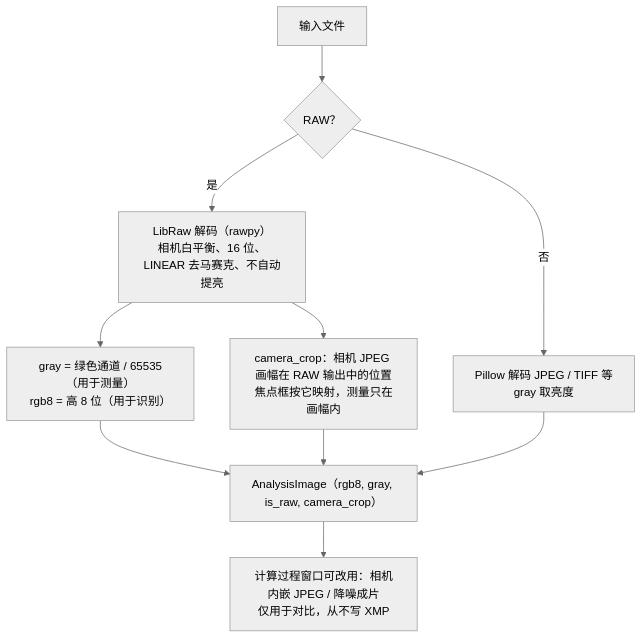
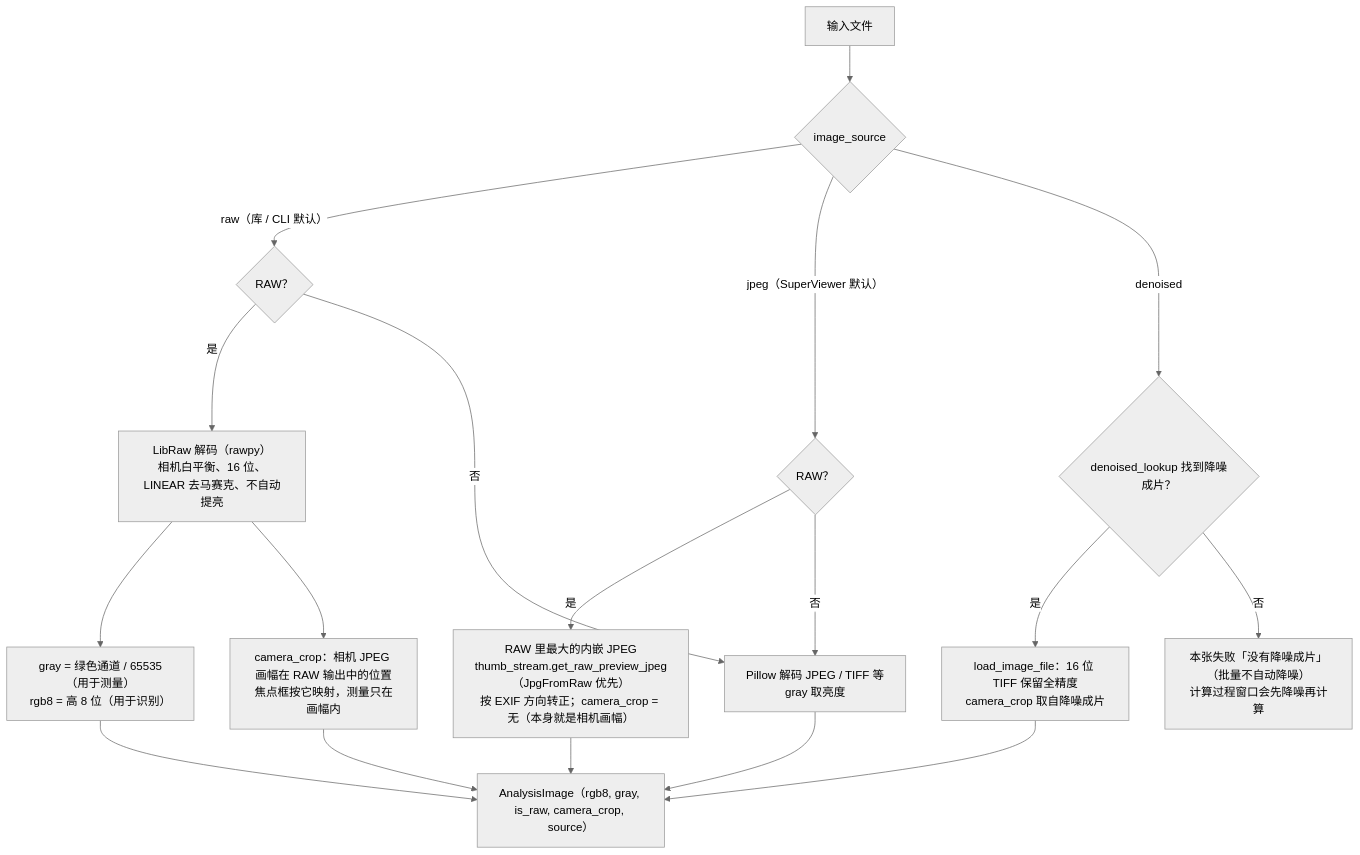
One commit to OscarKing888/SuperBirdTools changed the fourth of 18 diagrams in docs/bird_sharpness_flowchart.md. Above: the diagram before and after it, drawn with Mermaid (neutral theme). The commit also changed other lines of this file and 14 other files, not shown here.

````diff
--- a/docs/bird_sharpness_flowchart.md
+++ b/docs/bird_sharpness_flowchart.md
@@ -125,12 +126,20 @@
 ```mermaid
 flowchart TD
-    A["输入文件"] --> B{"RAW？"}
+    A["输入文件"] --> S{"image_source"}
+    S -->|"raw（库 / CLI 默认）"| B{"RAW？"}
+    S -->|"jpeg（SuperViewer 默认）"| J{"RAW？"}
+    J -->|是| J1["RAW 里最大的内嵌 JPEG<br/>thumb_stream.get_raw_preview_jpeg（JpgFromRaw 优先）<br/>按 EXIF 方向转正；camera_crop = 无（本身就是相机画幅）"]
+    J -->|否| D
+    S -->|denoised| N{"denoised_lookup 找到降噪成片？"}
+    N -->|是| N1["load_image_file：16 位 TIFF 保留全精度<br/>camera_crop 取自降噪成片"]
+    N -->|否| NE["本张失败「没有降噪成片」（批量不自动降噪）<br/>计算过程窗口会先降噪再计算"]
     B -->|是| C["LibRaw 解码（rawpy）<br/>相机白平衡、16 位、LINEAR 去马赛克、不自动提亮"]
     C --> C1["gray = 绿色通道 / 65535（用于测量）<br/>rgb8 = 高 8 位（用于识别）"]
     C --> C2["camera_crop：相机 JPEG 画幅在 RAW 输出中的位置<br/>焦点框按它映射，测量只在画幅内"]
     B -->|否| D["Pillow 解码 JPEG / TIFF 等<br/>gray 取亮度"]
-    C1 --> E["AnalysisImage（rgb8, gray, is_raw, camera_crop）"]
+    C1 --> E["AnalysisImage（rgb8, gray, is_raw, camera_crop, source）"]
     C2 --> E
     D --> E
-    E --> F["计算过程窗口可改用：相机内嵌 JPEG / 降噪成片<br/>仅用于对比，从不写 XMP"]
+    J1 --> E
+    N1 --> E
 ```
````
